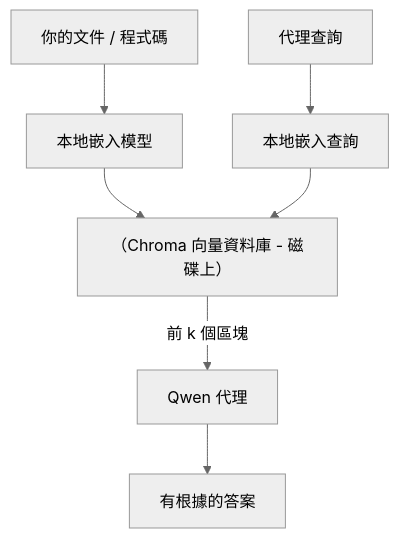
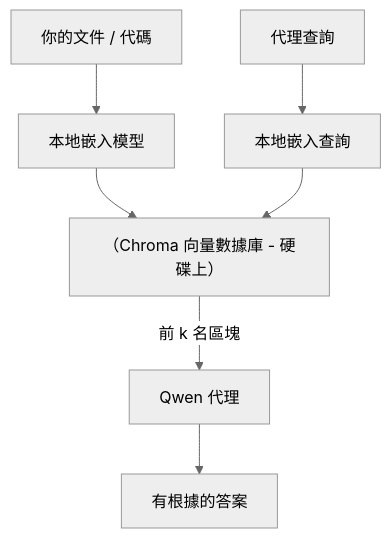
One commit to gabrielmoreira/agent-skills-mirror changed the third of 4 diagrams in mirrors/repos/microsoft@ai-agents-for-beginners/translations/zh-MO/17-creating-local-ai-agents/README.md. Above: the diagram before and after it, drawn with Mermaid (neutral theme). The commit also changed other lines of this file and 4262 other files, not shown here.

````diff
--- a/mirrors/repos/microsoft@ai-agents-for-beginners/translations/zh-MO/17-creating-local-ai-agents/README.md
+++ b/mirrors/repos/microsoft@ai-agents-for-beginners/translations/zh-MO/17-creating-local-ai-agents/README.md
@@ -125,9 +125,9 @@
 ```mermaid
 flowchart TB
-    D[你的文件 / 程式碼] --> E[本地嵌入模型]
-    E --> V[（Chroma 向量資料庫 - 磁碟上）]
+    D[你的文件 / 代碼] --> E[本地嵌入模型]
+    E --> V[（Chroma 向量數據庫 - 硬碟上）]
     Q[代理查詢] --> QE[本地嵌入查詢]
     QE --> V
-    V -->|前 k 個區塊| A[Qwen 代理]
+    V -->|前 k 名區塊| A[Qwen 代理]
     A --> Ans[有根據的答案]
 ```
````
